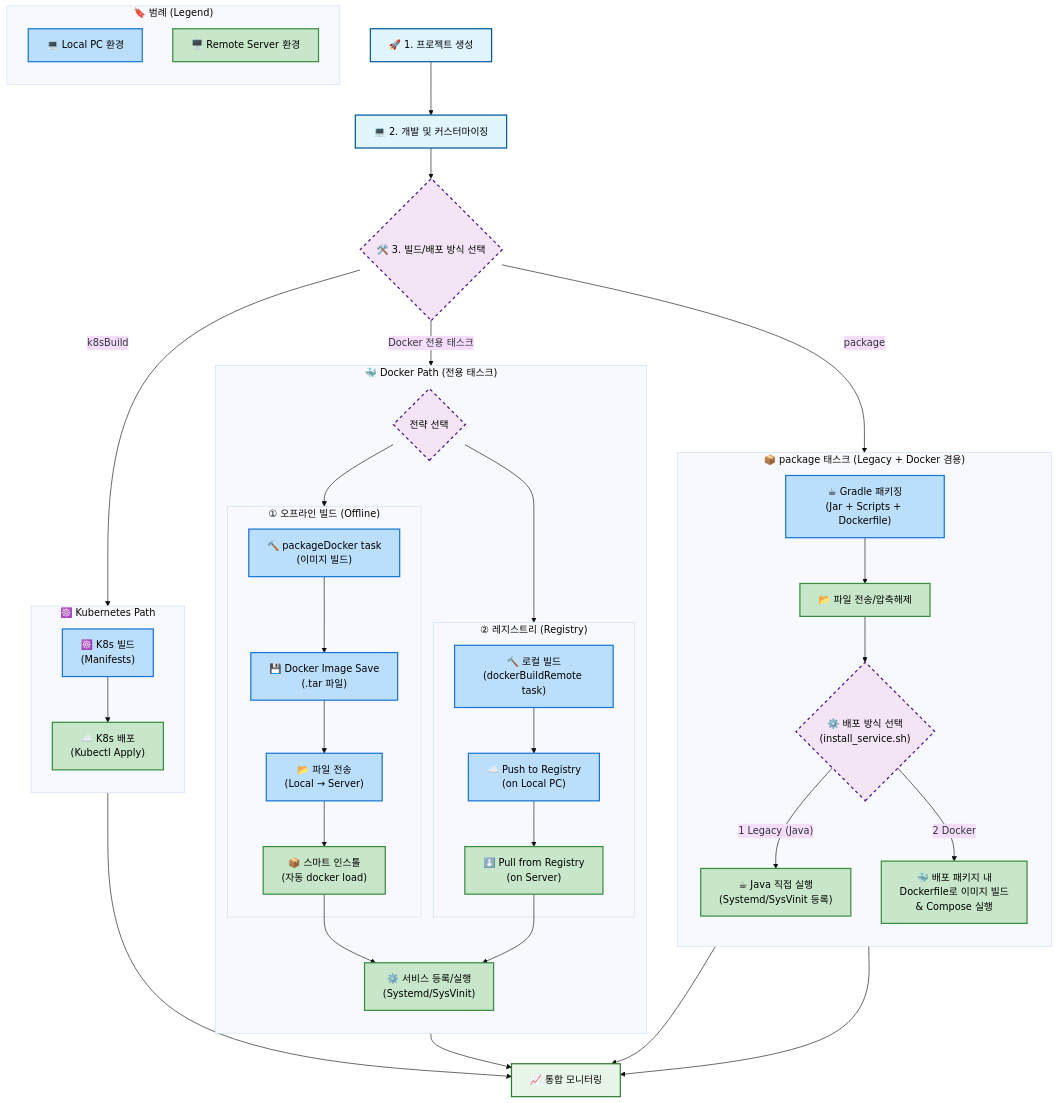
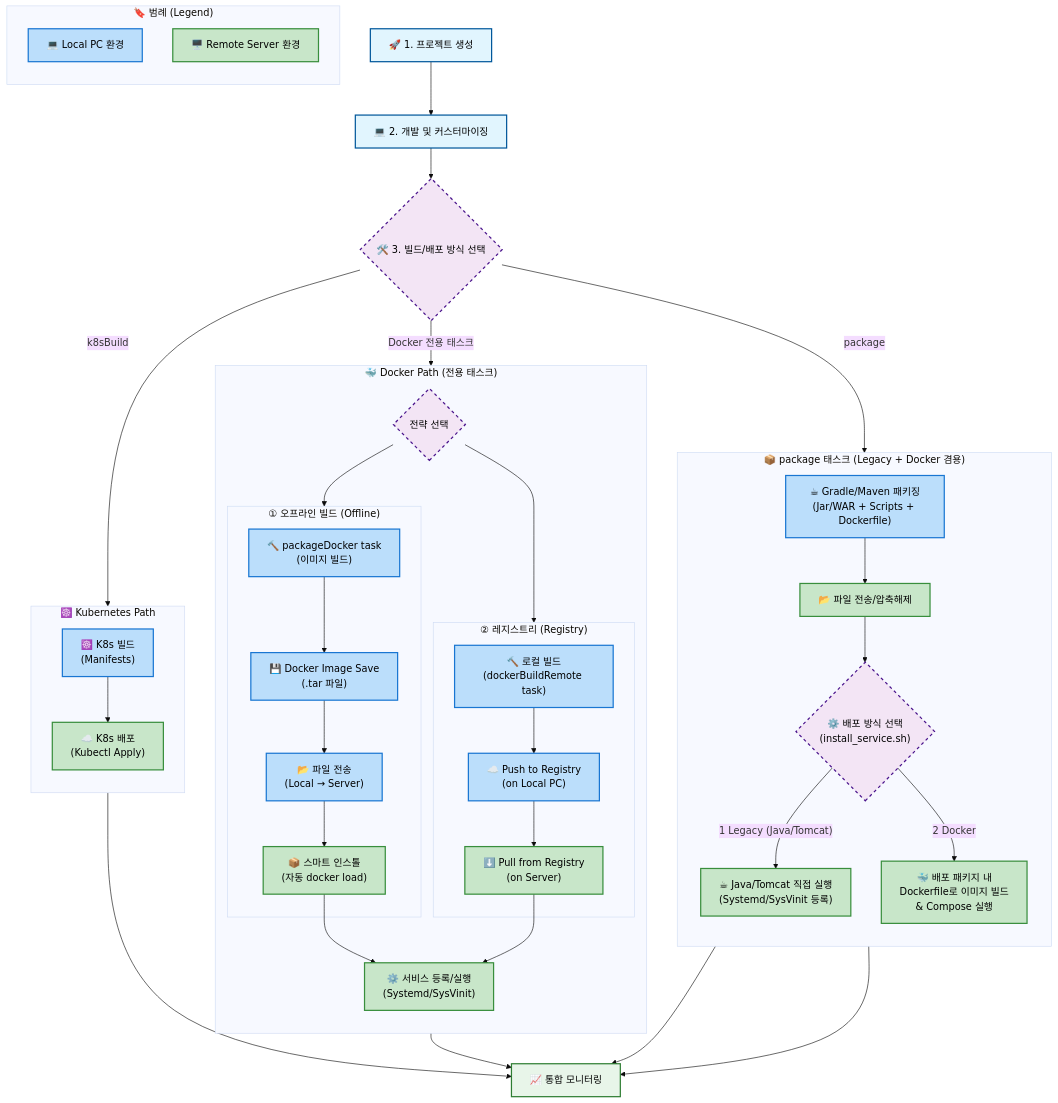
One commit to MJ-Youn/build-template changed the first of 5 diagrams in DEVELOPER_GUIDE.md. Above: the diagram before and after it, drawn with Mermaid (base theme). The commit also changed other lines of this file and 4 other files, not shown here.

```diff
--- a/DEVELOPER_GUIDE.md
+++ b/DEVELOPER_GUIDE.md
@@ -142,10 +298,10 @@
     %% 서브그래프: package 태스크 (Legacy + Docker 겸용)
     subgraph PackagePath ["📦 package 태스크 (Legacy + Docker 겸용)"]
         direction TB
-        LegacyBuild["☕ Gradle 패키징<br/>(Jar + Scripts + Dockerfile)"]
+        LegacyBuild["☕ Gradle/Maven 패키징<br/>(Jar/WAR + Scripts + Dockerfile)"]
         LegacyBuild --> LegacyTrans["📂 파일 전송/압축해제"]
         LegacyTrans --> InstallSelect{"⚙️ 배포 방식 선택<br/>(install_service.sh)"}
-        InstallSelect -->|"1 Legacy (Java)"| LegacyRun["☕ Java 직접 실행<br/>(Systemd/SysVinit 등록)"]
+        InstallSelect -->|"1 Legacy (Java/Tomcat)"| LegacyRun["☕ Java/Tomcat 직접 실행<br/>(Systemd/SysVinit 등록)"]
         InstallSelect -->|"2 Docker"| PkgDocker["🐳 배포 패키지 내<br/>Dockerfile로 이미지 빌드<br/>& Compose 실행"]
     end
 
```
